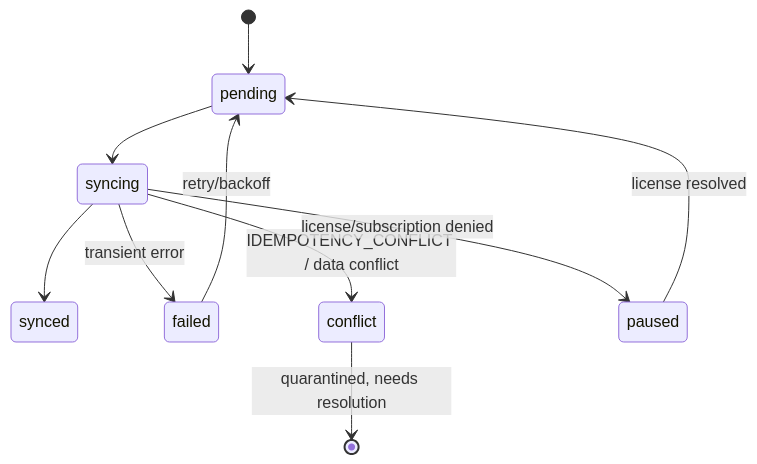
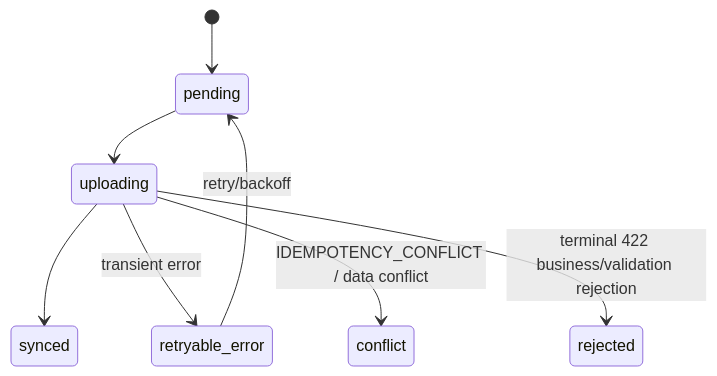
The fourth of 4 diagrams in docs/architecture/desktop-frontend-architecture.md (Thiniss-co/pos-desktop), drawn with Mermaid before and after one commit. The commit also changed other lines of this file and 131 other files, not shown here.

````diff
--- a/docs/architecture/desktop-frontend-architecture.md
+++ b/docs/architecture/desktop-frontend-architecture.md
@@ -102,12 +102,10 @@
 ```mermaid
 stateDiagram-v2
     [*] --> pending
-    pending --> syncing
-    syncing --> synced
-    syncing --> failed: transient error
-    failed --> pending: retry/backoff
-    syncing --> conflict: IDEMPOTENCY_CONFLICT / data conflict
-    conflict --> [*]: quarantined, needs resolution
-    syncing --> paused: license/subscription denied
-    paused --> pending: license resolved
+    pending --> uploading
+    uploading --> synced
+    uploading --> retryable_error: transient error
+    retryable_error --> pending: retry/backoff
+    uploading --> conflict: IDEMPOTENCY_CONFLICT / data conflict
+    uploading --> rejected: terminal 422 business/validation rejection
 ```
````
